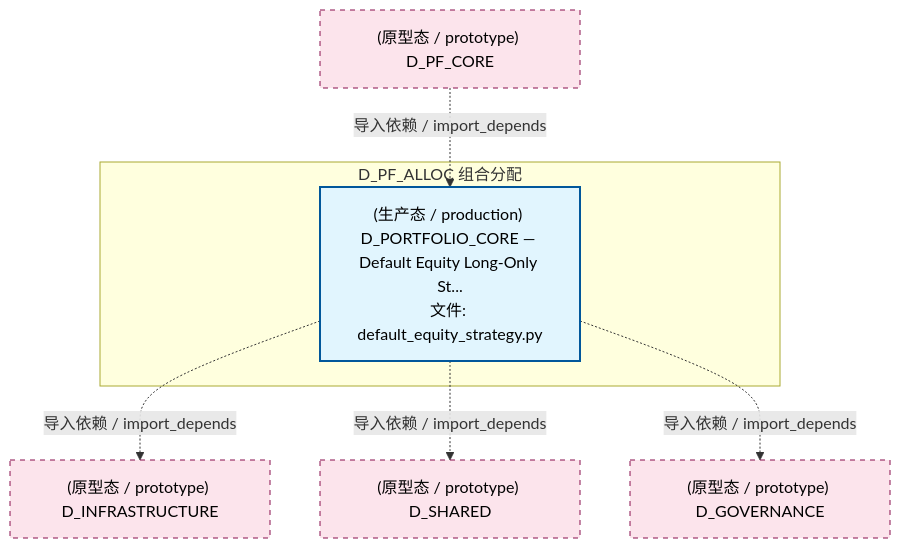
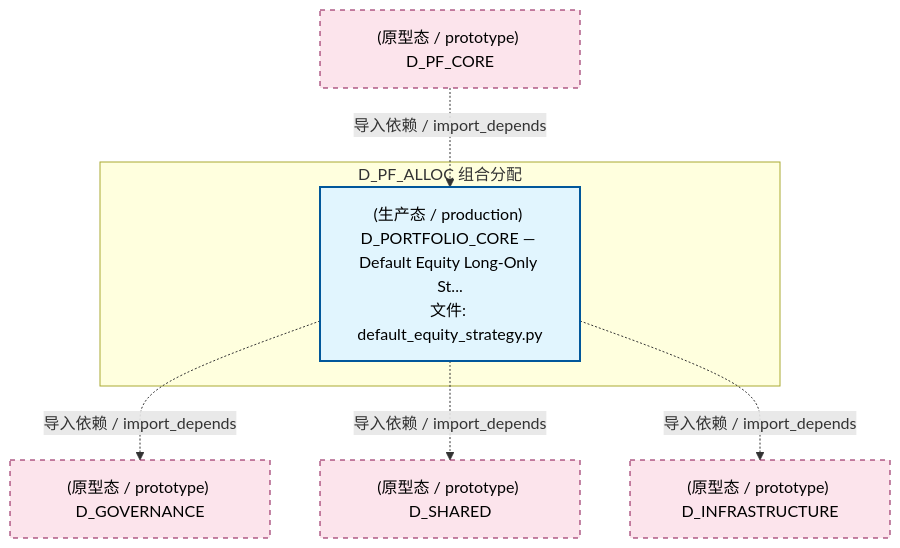
Before and after one commit to xuanFelixVan/ZephyrAlpha: the second of 5 diagrams in docs/02_enterprise_architecture/02_domain_architecture_docs/51_d_pf_alloc.md, drawn with Mermaid. The commit also changed other lines of this file and 126 other files, not shown here.

````diff
--- a/docs/02_enterprise_architecture/02_domain_architecture_docs/51_d_pf_alloc.md
+++ b/docs/02_enterprise_architecture/02_domain_architecture_docs/51_d_pf_alloc.md
@@ -110,20 +110,20 @@
 ```mermaid
 graph TD
     subgraph D_PF_ALLOC["D_PF_ALLOC 组合分配"]
         src_zephyr_pf_core_default_equity_strategy_py["(生产态 / production) D_PORTFOLIO_CORE — Default Equity Long-Only St...<br/>文件: default_equity_strategy.py"]
     end
+    D_GOVERNANCE["(原型态 / prototype) D_GOVERNANCE"]
+    src_zephyr_pf_core_default_equity_strategy_py -.->|导入依赖 / import_depends| D_GOVERNANCE
+    D_SHARED["(原型态 / prototype) D_SHARED"]
+    src_zephyr_pf_core_default_equity_strategy_py -.->|导入依赖 / import_depends| D_SHARED
     D_INFRASTRUCTURE["(原型态 / prototype) D_INFRASTRUCTURE"]
     src_zephyr_pf_core_default_equity_strategy_py -.->|导入依赖 / import_depends| D_INFRASTRUCTURE
-    D_SHARED["(原型态 / prototype) D_SHARED"]
-    src_zephyr_pf_core_default_equity_strategy_py -.->|导入依赖 / import_depends| D_SHARED
-    D_GOVERNANCE["(原型态 / prototype) D_GOVERNANCE"]
-    src_zephyr_pf_core_default_equity_strategy_py -.->|导入依赖 / import_depends| D_GOVERNANCE
     D_PF_CORE["(原型态 / prototype) D_PF_CORE"]
     D_PF_CORE -.->|导入依赖 / import_depends| src_zephyr_pf_core_default_equity_strategy_py
     classDef production fill:#e1f5fe,stroke:#01579b,stroke-width:2px,color:#000
     classDef design fill:#fff3e0,stroke:#e65100,stroke-width:2px,color:#000,stroke-dasharray: 5 5
     classDef external_prod fill:#e8f5e9,stroke:#1b5e20,stroke-width:1px,color:#000
     classDef external_design fill:#fce4ec,stroke:#880e4f,stroke-width:1px,color:#000,stroke-dasharray: 5 5
     class src_zephyr_pf_core_default_equity_strategy_py production
-    class D_INFRASTRUCTURE,D_SHARED,D_GOVERNANCE,D_PF_CORE external_design
+    class D_GOVERNANCE,D_SHARED,D_INFRASTRUCTURE,D_PF_CORE external_design
 ```
````
